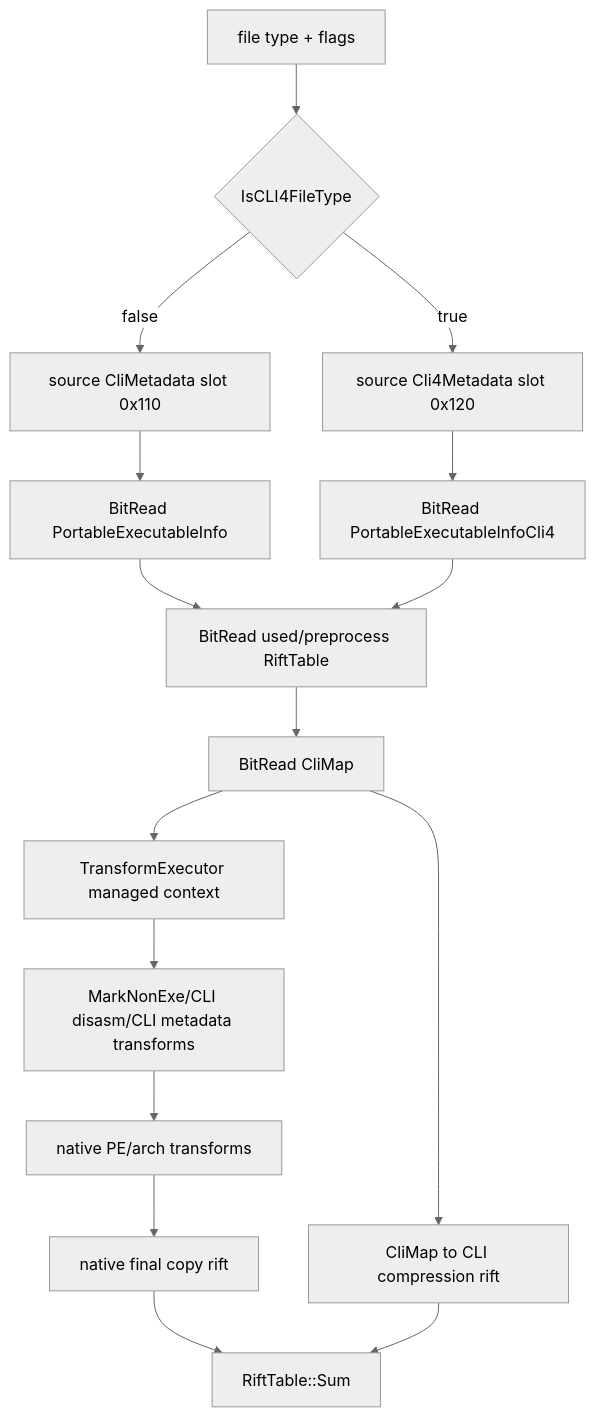
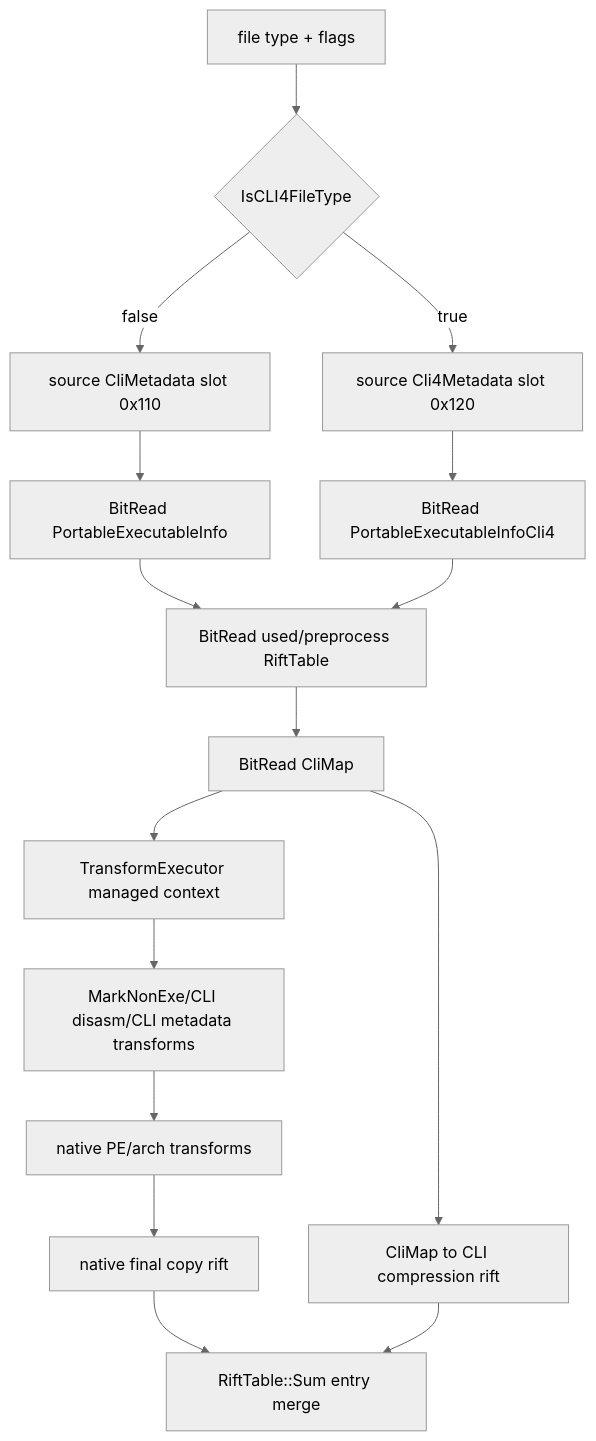
The diagram in docs/managed-cli-atoms.md (jlevere/msdelta), drawn with Mermaid (neutral theme) before and after one commit. The commit also changed other lines of this file and 5 other files, not shown here.

````diff
--- a/docs/managed-cli-atoms.md
+++ b/docs/managed-cli-atoms.md
@@ -60,18 +60,18 @@
 ```mermaid
 flowchart TD
   A["file type + flags"] --> B{"IsCLI4FileType"}
   B -->|false| C["source CliMetadata slot 0x110"]
   B -->|true| D["source Cli4Metadata slot 0x120"]
   C --> E["BitRead PortableExecutableInfo"]
   D --> F["BitRead PortableExecutableInfoCli4"]
   E --> G["BitRead used/preprocess RiftTable"]
   F --> G
   G --> H["BitRead CliMap"]
   H --> I["TransformExecutor managed context"]
   I --> J["MarkNonExe/CLI disasm/CLI metadata transforms"]
   J --> K["native PE/arch transforms"]
   K --> L["native final copy rift"]
   H --> M["CliMap to CLI compression rift"]
-  L --> N["RiftTable::Sum"]
+  L --> N["RiftTable::Sum entry merge"]
   M --> N
 ```
````
